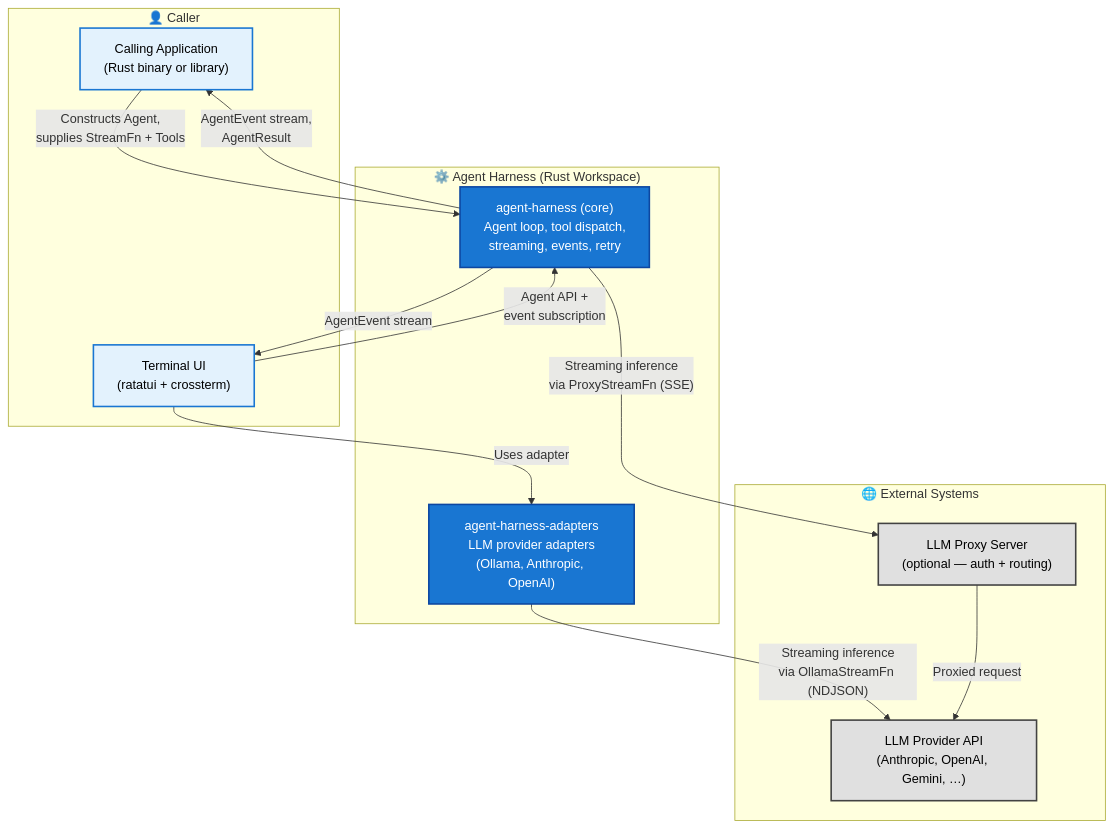
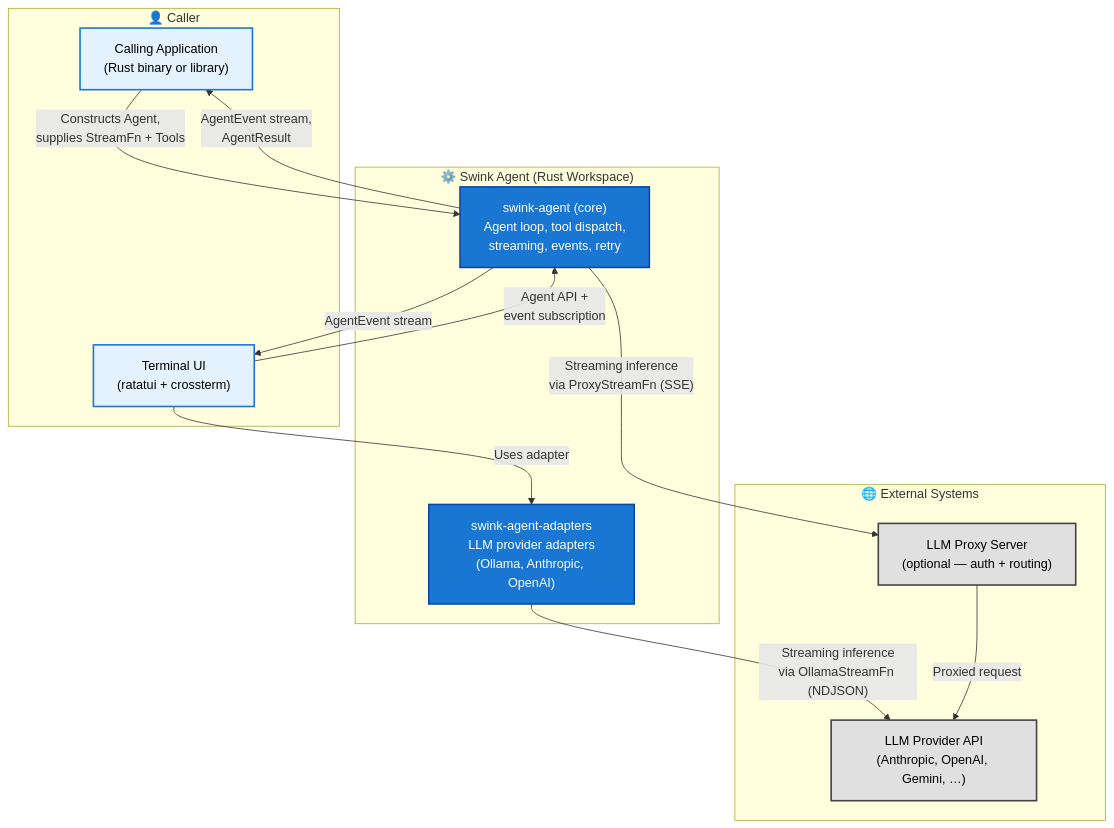
The first of 5 diagrams in docs/architecture/HLD.md (SuperSwinkAI/Swink-Agent), drawn with Mermaid before and after one commit. The commit also changed other lines of this file and 58 other files, not shown here.

First line of the commit message:
Rename project from agent-harness to swink-agent

````diff
--- a/docs/architecture/HLD.md
+++ b/docs/architecture/HLD.md
@@ -18,34 +18,34 @@
 ```mermaid
 flowchart TB
     subgraph CallerLayer["👤 Caller"]
         App["Calling Application<br/>(Rust binary or library)"]
         TUI["Terminal UI<br/>(ratatui + crossterm)"]
     end
 
-    subgraph HarnessSystem["⚙️ Agent Harness (Rust Workspace)"]
-        Harness["agent-harness (core)<br/>Agent loop, tool dispatch,<br/>streaming, events, retry"]
-        Adapters["agent-harness-adapters<br/>LLM provider adapters<br/>(Ollama, Anthropic, OpenAI)"]
+    subgraph HarnessSystem["⚙️ Swink Agent (Rust Workspace)"]
+        Harness["swink-agent (core)<br/>Agent loop, tool dispatch,<br/>streaming, events, retry"]
+        Adapters["swink-agent-adapters<br/>LLM provider adapters<br/>(Ollama, Anthropic, OpenAI)"]
     end
 
     subgraph ExternalSystems["🌐 External Systems"]
         LLMProvider["LLM Provider API<br/>(Anthropic, OpenAI, Gemini, …)"]
         ProxyServer["LLM Proxy Server<br/>(optional — auth + routing)"]
     end
 
     App -->|"Constructs Agent,<br/>supplies StreamFn + Tools"| Harness
     Harness -->|"AgentEvent stream,<br/>AgentResult"| App
     TUI -->|"Agent API +<br/>event subscription"| Harness
     TUI -->|"Uses adapter"| Adapters
     Harness -->|"AgentEvent stream"| TUI
     Adapters -->|"Streaming inference<br/>via OllamaStreamFn (NDJSON)"| LLMProvider
     Harness -->|"Streaming inference<br/>via ProxyStreamFn (SSE)"| ProxyServer
     ProxyServer -->|"Proxied request"| LLMProvider
 
     classDef callerStyle fill:#e3f2fd,stroke:#1976d2,stroke-width:2px,color:#000
     classDef harnessStyle fill:#1976d2,stroke:#0d47a1,stroke-width:2px,color:#fff
     classDef externalStyle fill:#e0e0e0,stroke:#424242,stroke-width:2px,color:#000
 
     class App,TUI callerStyle
     class Harness,Adapters harnessStyle
     class LLMProvider,ProxyServer externalStyle
 ```
````
